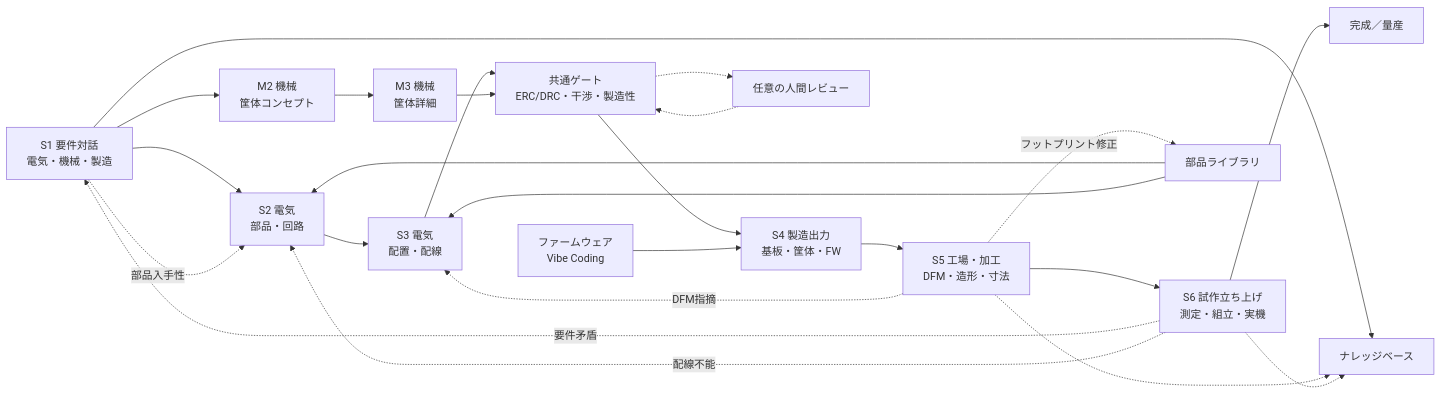
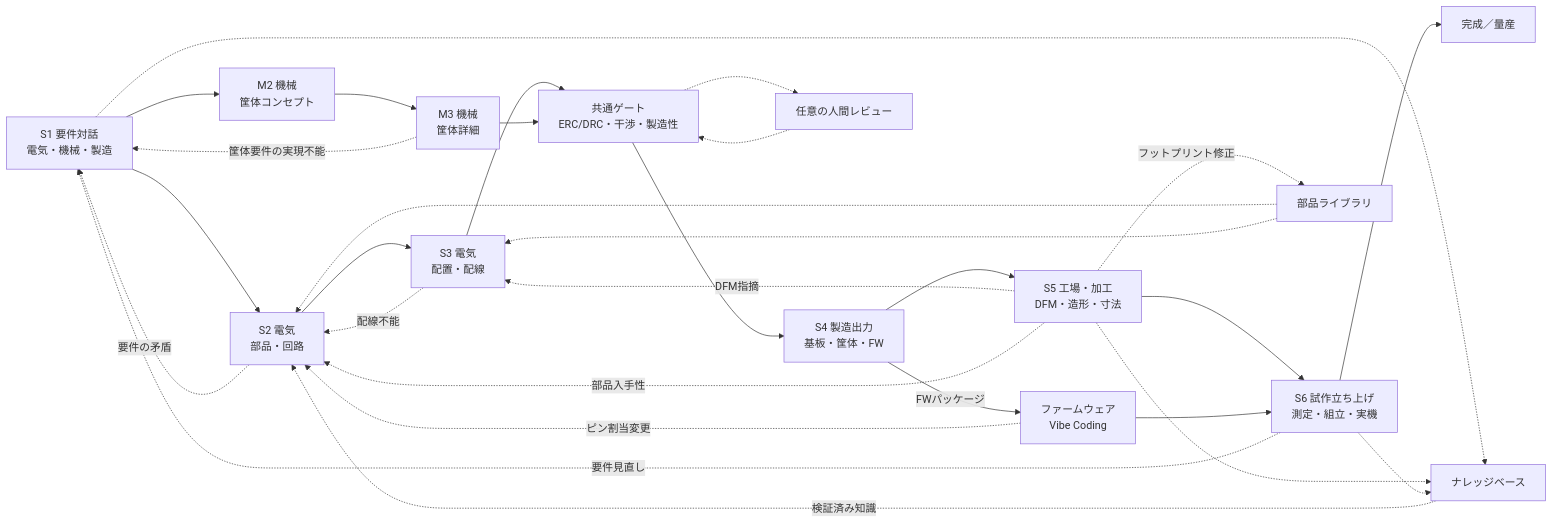
One commit to uist1idrju3i/acd-agent changed the diagram in README.md. Above: the diagram before and after it, drawn with Mermaid. The commit also changed 1 other file, not shown here.

Commit message:
設計フローのフィードバック経路を整合

````diff
--- a/README.md
+++ b/README.md
@@ -70,26 +70,31 @@
 ```mermaid
 flowchart LR
     S1["S1 要件対話<br/>電気・機械・製造"] --> E2["S2 電気<br/>部品・回路"]
     S1 --> M2["M2 機械<br/>筐体コンセプト"]
     E2 --> E3["S3 電気<br/>配置・配線"]
     M2 --> M3["M3 機械<br/>筐体詳細"]
     E3 --> G["共通ゲート<br/>ERC/DRC・干渉・製造性"]
     M3 --> G
     G --> S4["S4 製造出力<br/>基板・筐体・FW"]
     S4 --> S5["S5 工場・加工<br/>DFM・造形・寸法"]
     S5 --> S6["S6 試作立ち上げ<br/>測定・組立・実機"]
     S6 --> DONE["完成／量産"]
-    S1 --> KB["ナレッジベース"]
-    LIB["部品ライブラリ"] --> E2
-    LIB --> E3
-    FW["ファームウェア<br/>Vibe Coding"] --> S4
+    S4 -->|FWパッケージ| FW["ファームウェア<br/>Vibe Coding"]
+    FW --> S6
+    LIB["部品ライブラリ"] -.-> E2
+    LIB -.-> E3
     G -.-> HR["任意の人間レビュー"]
     HR -.-> G
-    S6 -.->|要件矛盾| S1
-    S6 -.->|配線不能| E2
+    E2 -.->|要件の矛盾| S1
+    E3 -.->|配線不能| E2
+    M3 -.->|筐体要件の実現不能| S1
     S5 -.->|DFM指摘| E3
-    S1 -.->|部品入手性| E2
+    S5 -.->|部品入手性| E2
     S5 -.->|フットプリント修正| LIB
+    FW -.->|ピン割当変更| E2
+    S6 -.->|要件見直し| S1
+    S1 -.-> KB["ナレッジベース"]
     S5 -.-> KB
     S6 -.-> KB
+    KB -.->|検証済み知識| E2
 ```
````
